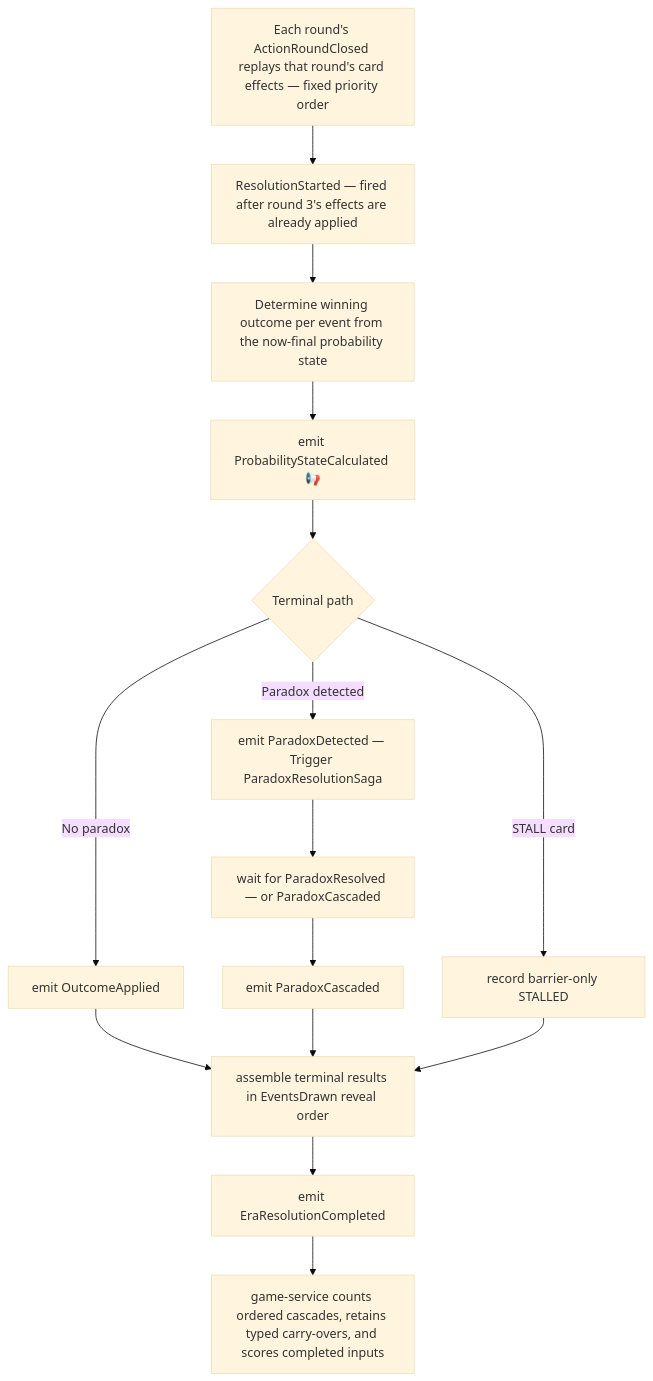
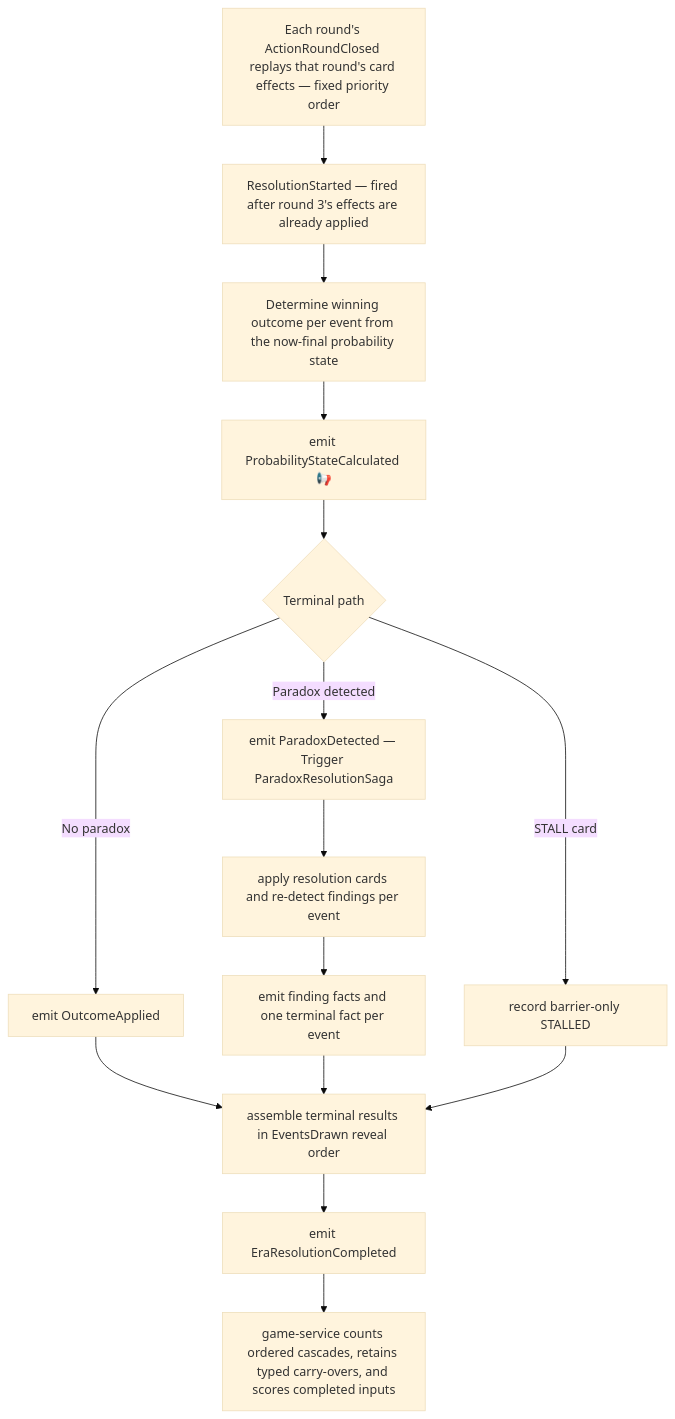
One commit to temporal-rift/docs changed the diagram in sagas/resolution.mdx. Above: the diagram before and after it, drawn with Mermaid (base theme). The commit also changed other lines of this file and 3 other files, not shown here.

Commit message:
docs(paradox): count cascades per affected event

````diff
--- a/sagas/resolution.mdx
+++ b/sagas/resolution.mdx
@@ -16,17 +16,17 @@
 ```mermaid
 flowchart TD
   R[Each round's ActionRoundClosed replays that round's card effects — fixed priority order] --> A
   A[ResolutionStarted — fired after round 3's effects are already applied] --> B[Determine winning outcome per event from the now-final probability state]
   B --> C[emit ProbabilityStateCalculated 📢]
   C --> D{Terminal path}
   D -->|No paradox| E[emit OutcomeApplied]
   D -->|Paradox detected| F[emit ParadoxDetected — Trigger ParadoxResolutionSaga]
-  F --> G[wait for ParadoxResolved — or ParadoxCascaded]
-  G --> H[emit ParadoxCascaded]
+  F --> G[apply resolution cards and re-detect findings per event]
+  G --> H[emit finding facts and one terminal fact per event]
   D -->|STALL card| I[record barrier-only STALLED]
   E --> J[assemble terminal results in EventsDrawn reveal order]
   H --> J
   I --> J
   J --> K[emit EraResolutionCompleted]
   K --> L[game-service counts ordered cascades, retains typed carry-overs, and scores completed inputs]
 ```
````
